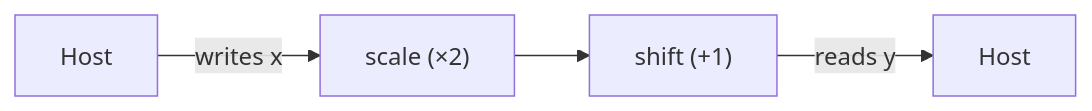
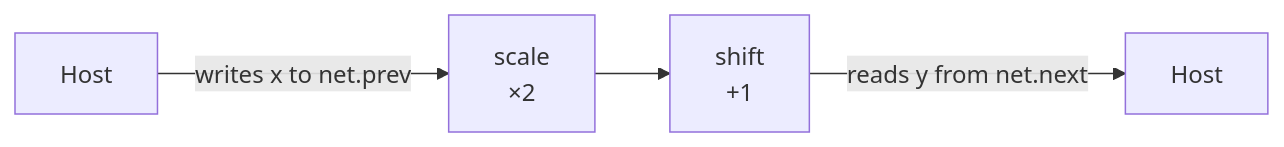
Before and after one commit to Geson-anko/mujou: the first of 2 diagrams in docs/en/tutorial/1-run.md, drawn with Mermaid. The commit also changed other lines of this file and 49 other files, not shown here.

````diff
--- a/docs/en/tutorial/1-run.md
+++ b/docs/en/tutorial/1-run.md
@@ -11,6 +5,6 @@
 ```mermaid
 flowchart LR
-    H1["Host"] -->|"writes x"| S["scale (×2)"]
-    S --> F["shift (+1)"]
-    F -->|"reads y"| H2["Host"]
+    H1["Host"] -->|"writes x to net.prev"| S["scale<br/>×2"]
+    S --> F["shift<br/>+1"]
+    F -->|"reads y from net.next"| H2["Host"]
 ```
````
